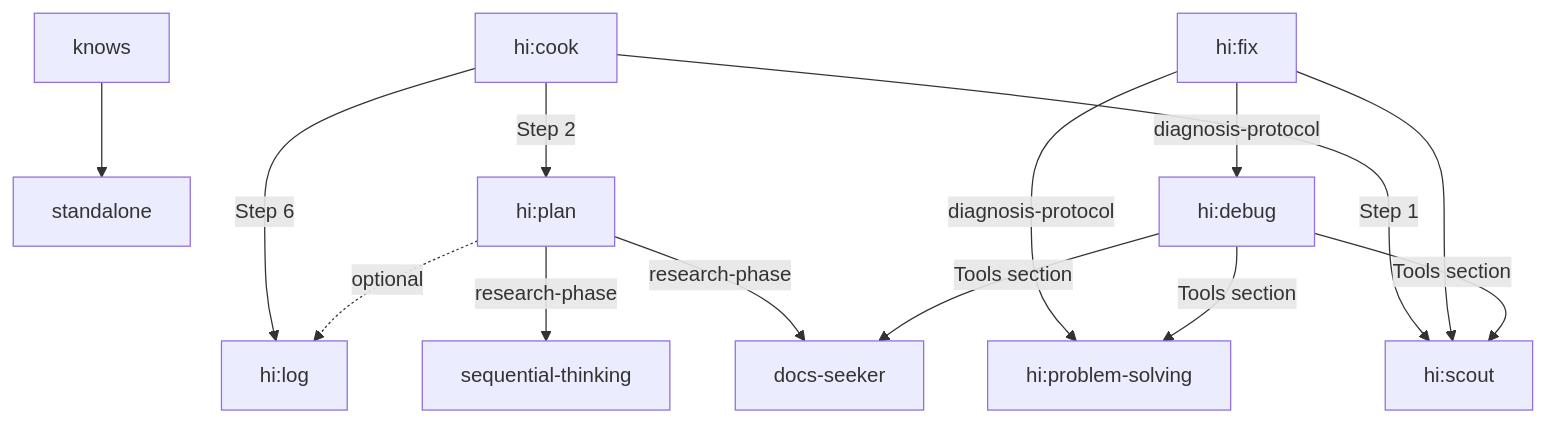
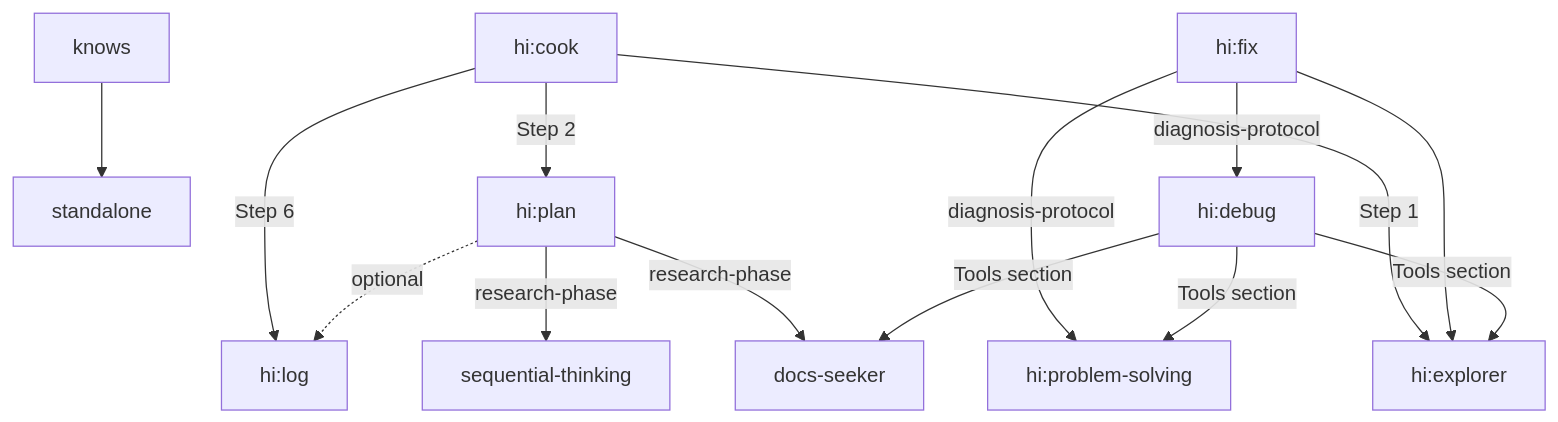
Before and after one commit to baka3k/dev-kit: the diagram in dependency.md, drawn with Mermaid. The commit also changed other lines of this file and 20 other files, not shown here.

````diff
--- a/dependency.md
+++ b/dependency.md
@@ -9,17 +9,17 @@
 ```mermaid
 graph TD
     knows[knows] --> standalone
-    cook[hi:cook] --> |Step 1| scout[hi:scout]
+    cook[hi:cook] --> |Step 1| explorer[hi:explorer]
     cook --> |Step 2| plan[hi:plan]
     cook --> |Step 6| log[hi:log]
     plan --> |research-phase| seqthink[sequential-thinking]
     plan --> |research-phase| docs[docs-seeker]
     plan -.-> |optional| log
-    fix[hi:fix] --> scout
+    fix[hi:fix] --> explorer
     fix --> |diagnosis-protocol| debug[hi:debug]
     fix --> |diagnosis-protocol| probsolve[hi:problem-solving]
     debug --> |Tools section| docs
-    debug --> |Tools section| scout
+    debug --> |Tools section| explorer
     debug --> |Tools section| probsolve
 
 ```
````
